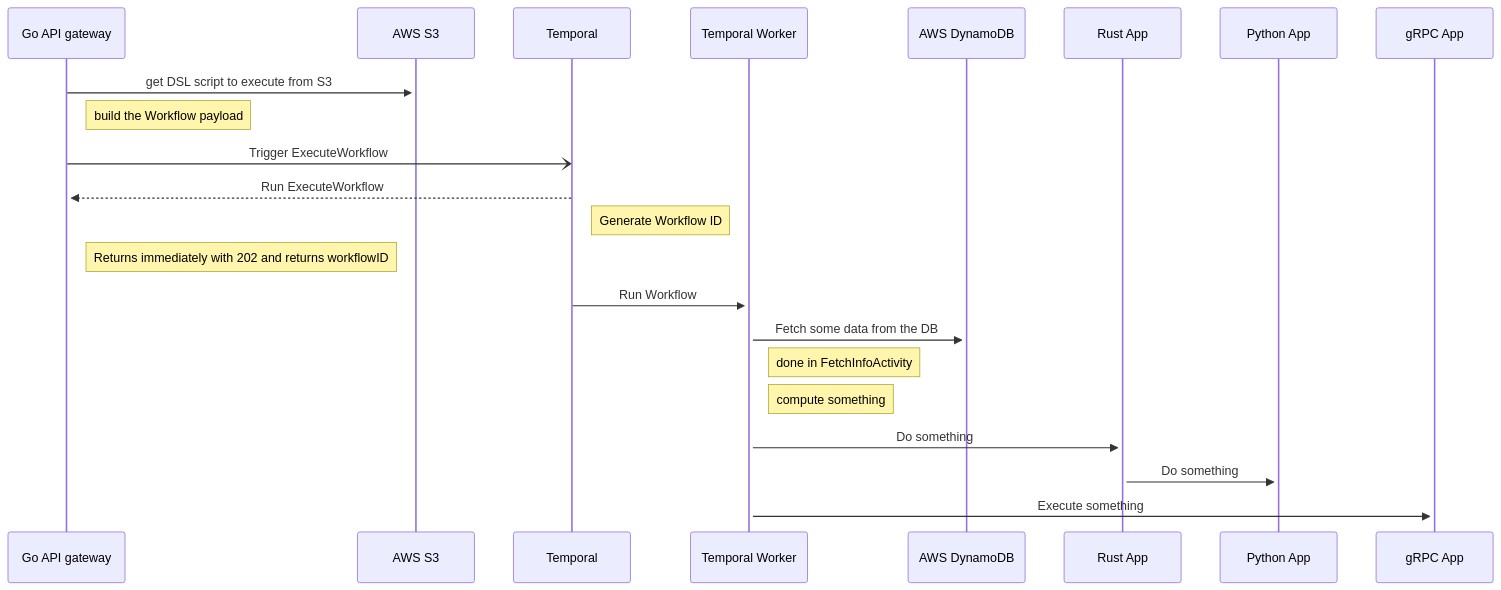
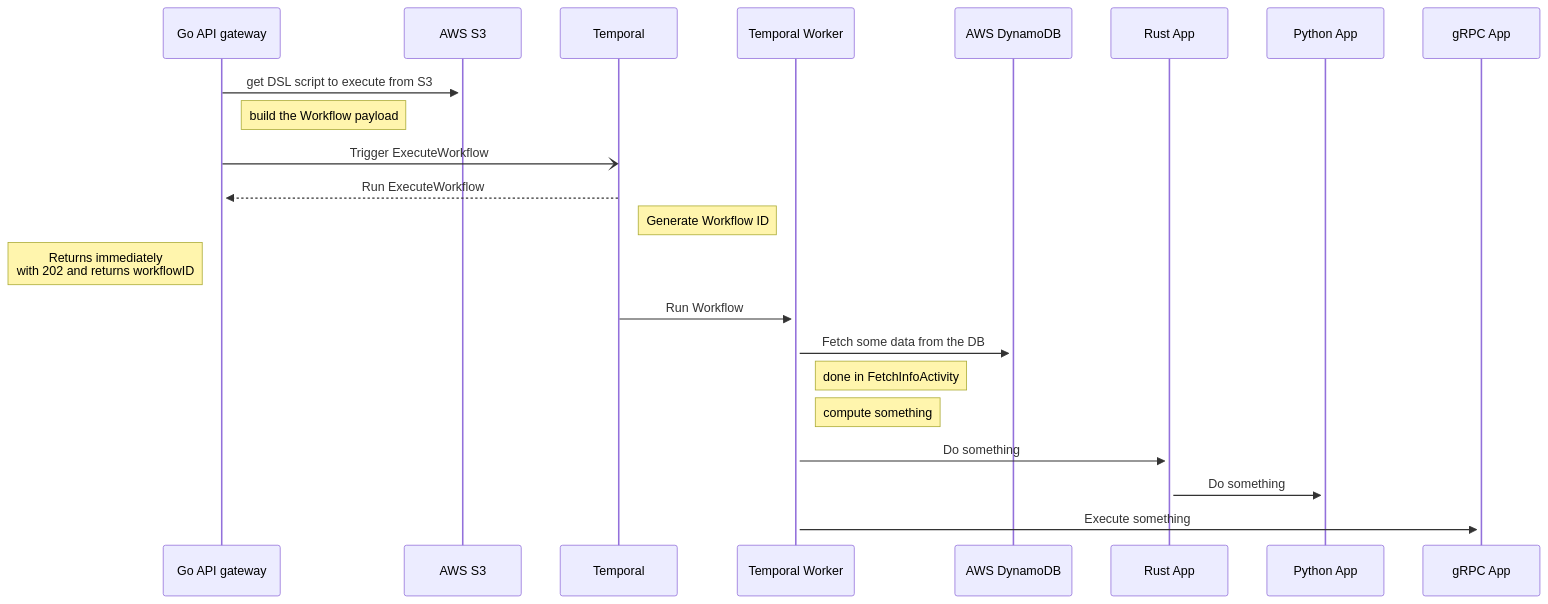
One commit to emanuelef/temporal-meetup-demo changed the diagram in sample Workflow.md. Above: the diagram before and after it, drawn with Mermaid. The commit also changed 1 other file, not shown here.

Commit message:
working on sequence diagram

````diff
--- a/sample Workflow.md
+++ b/sample Workflow.md
@@ -1,26 +1,26 @@
 ```mermaid
 sequenceDiagram
 
     participant Go API gateway
     participant AWS S3
     participant Temporal
     participant Temporal Worker
     participant AWS DynamoDB
     participant Rust App
     participant Python App
     participant gRPC App
 
     Go API gateway ->>+ AWS S3: get DSL script to execute from S3
     Note right of Go API gateway: build the Workflow payload
     Go API gateway -) Temporal: Trigger ExecuteWorkflow
     Temporal -->>+ Go API gateway: Run ExecuteWorkflow
     Note right of Temporal: Generate Workflow ID
-    Note right of Go API gateway: Returns immediately with 202 and returns workflowID
+    Note left of Go API gateway: Returns immediately<br/>with 202 and returns workflowID
     Temporal ->>+ Temporal Worker: Run Workflow
     Temporal Worker ->>+ AWS DynamoDB: Fetch some data from the DB
     Note right of Temporal Worker: done in FetchInfoActivity
     Note right of Temporal Worker: compute something
     Temporal Worker ->>+ Rust App: Do something
     Rust App ->>+ Python App: Do something
     Temporal Worker ->>+ gRPC App: Execute something
 ```
````
